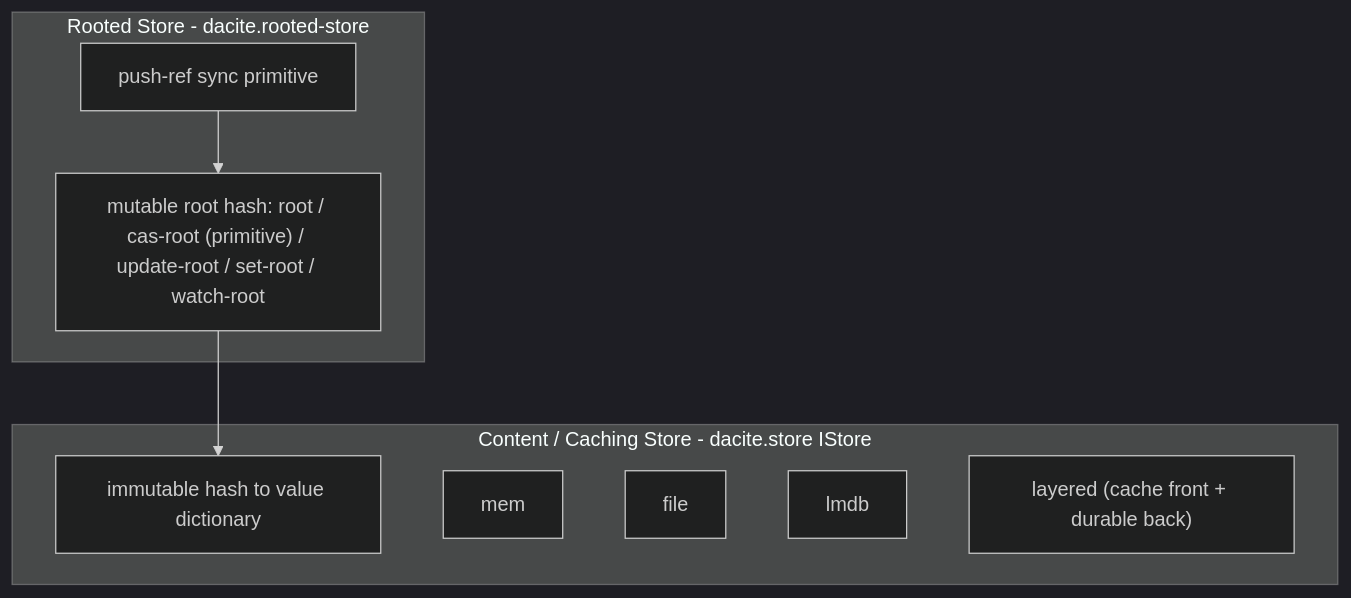
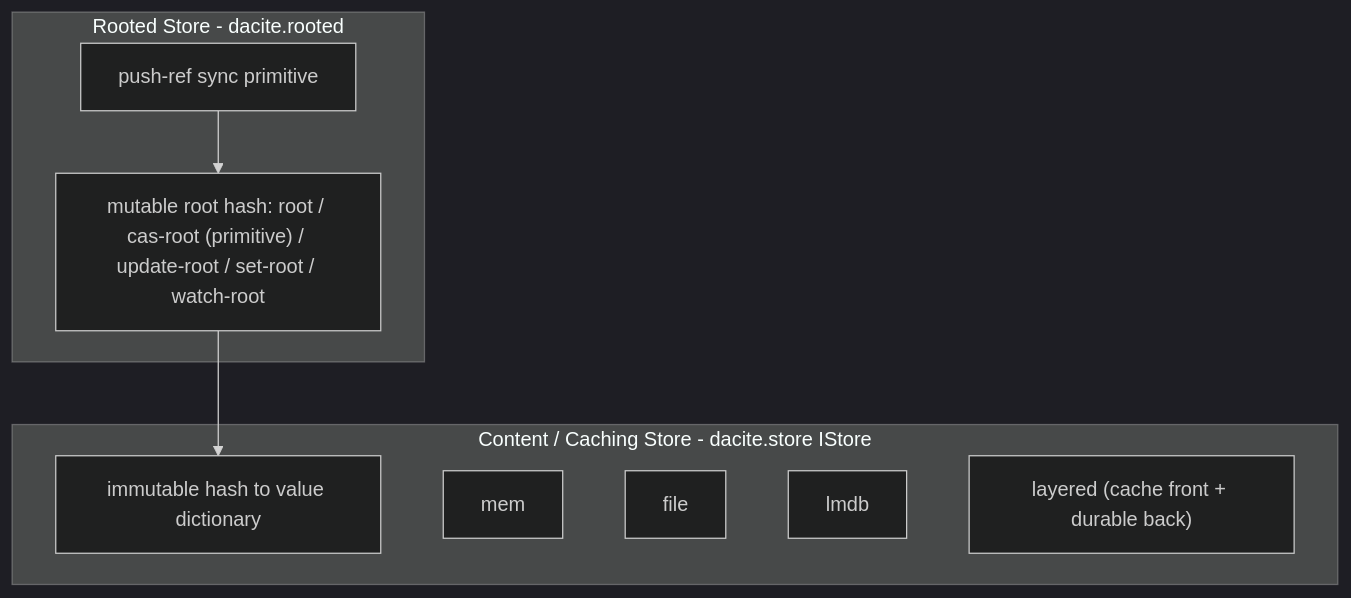
One commit to jclaggett/dacite changed the diagram in docs/design/stores-phase-1.md. Above: the diagram before and after it, drawn with Mermaid (dark theme). The commit also changed other lines of this file and 18 other files, not shown here.

First line of the commit message:
Reorganize store, rooted, and serial into layered namespaces.

````diff
--- a/docs/design/stores-phase-1.md
+++ b/docs/design/stores-phase-1.md
@@ -25,16 +25,16 @@
 ```mermaid
 graph TD
-  subgraph rooted [Rooted Store - dacite.rooted-store]
+  subgraph rooted [Rooted Store - dacite.rooted]
     Root["mutable root hash: root / cas-root (primitive) / update-root / set-root / watch-root"]
     Push["push-ref sync primitive"]
   end
   subgraph content [Content / Caching Store - dacite.store IStore]
     Dict["immutable hash to value dictionary"]
     Mem["mem"]
     File["file"]
     Lmdb["lmdb"]
     Layered["layered (cache front + durable back)"]
   end
   Root --> Dict
   Push --> Root
 ```
````
